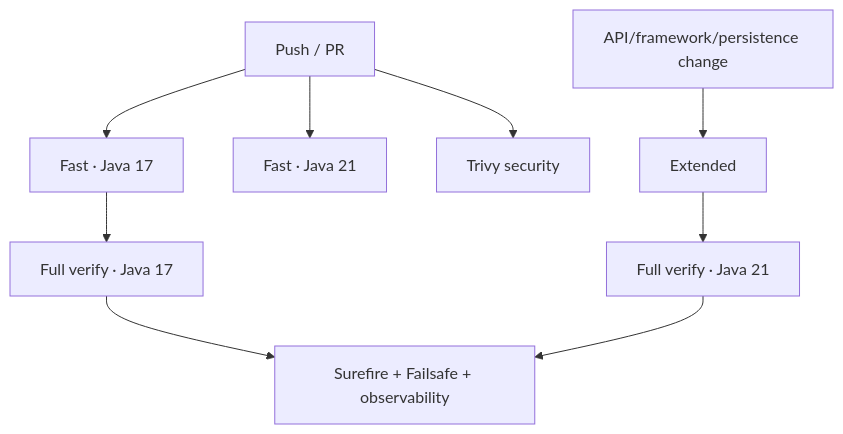
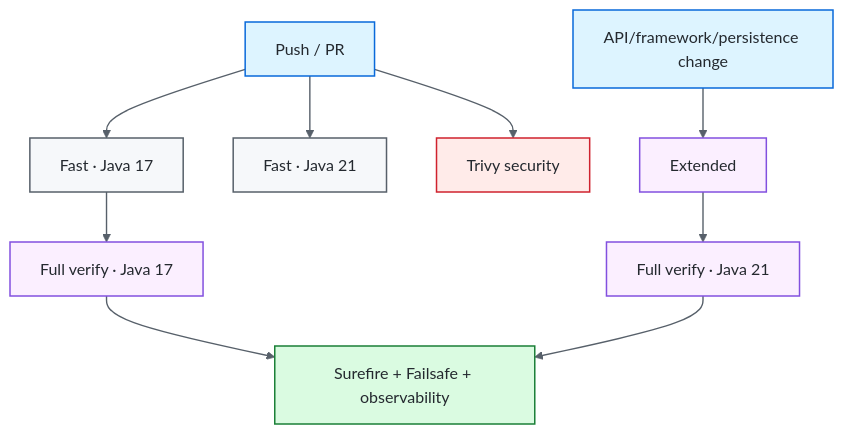
The second of 2 diagrams in README.md (portyu9/qa-automation-java-restassured), drawn with Mermaid before and after one commit. The commit also changed other lines of this file, not shown here.

Commit message:
Polish badges and Mermaid diagrams (#14)

````diff
--- a/README.md
+++ b/README.md
@@ -266,11 +271,23 @@
 ```mermaid
 flowchart TD
     PR[Push / PR] --> J17[Fast · Java 17]
     PR --> J21[Fast · Java 21]
     J17 --> FULL17[Full verify · Java 17]
     PR --> SEC[Trivy security]
     CODECHANGE[API/framework/persistence change] --> EXT[Extended]
     EXT --> FULL21[Full verify · Java 21]
     FULL17 --> EV[Surefire + Failsafe + observability]
     FULL21 --> EV
+
+    classDef entry fill:#ddf4ff,stroke:#0969da,color:#24292f,stroke-width:1.5px;
+    classDef core fill:#f6f8fa,stroke:#57606a,color:#24292f,stroke-width:1.5px;
+    classDef gate fill:#fbefff,stroke:#8250df,color:#24292f,stroke-width:1.5px;
+    classDef evidence fill:#dafbe1,stroke:#1a7f37,color:#24292f,stroke-width:1.5px;
+    classDef security fill:#ffebe9,stroke:#cf222e,color:#24292f,stroke-width:1.5px;
+    class PR,CODECHANGE entry;
+    class J17,J21 core;
+    class FULL17,EXT,FULL21 gate;
+    class SEC security;
+    class EV evidence;
+    linkStyle default stroke:#57606a,stroke-width:1.4px;
 ```
````
